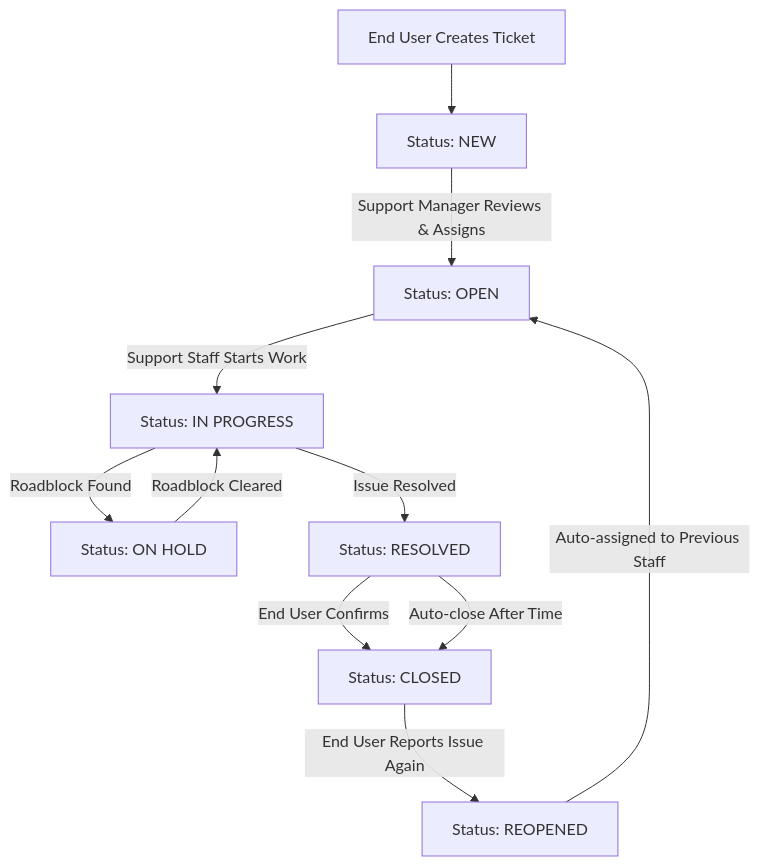
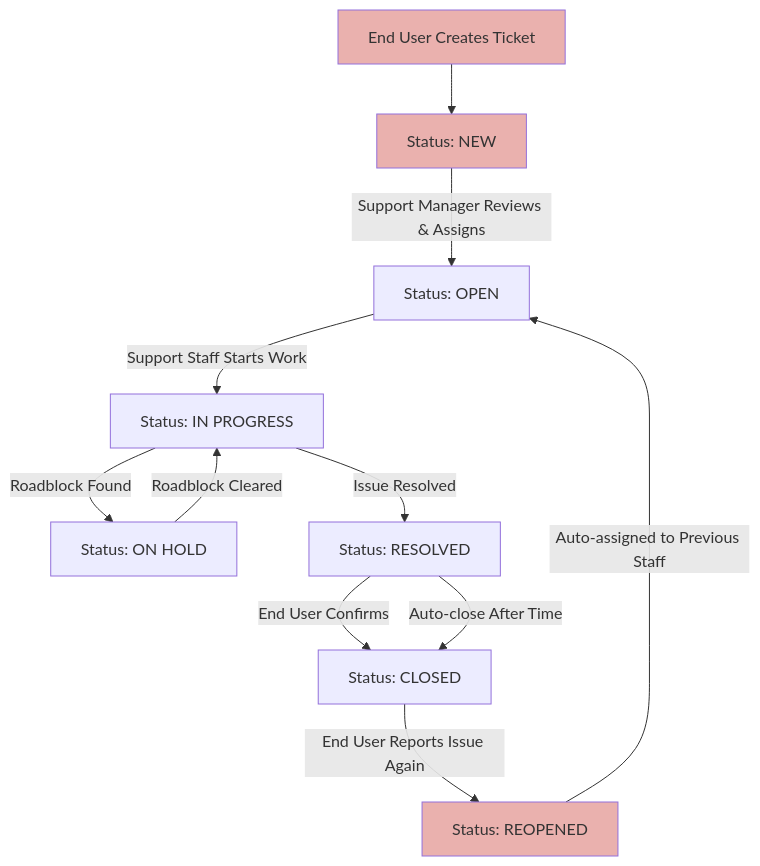
The seventh of 7 diagrams in NTG-Ticket-User Guide.md (salmanb74-dev/ntg-ticket), drawn with Mermaid before and after one commit. The commit also changed other lines of this file, not shown here.

````diff
--- a/NTG-Ticket-User Guide.md
+++ b/NTG-Ticket-User Guide.md
@@ -263,21 +273,24 @@
 ```mermaid
 flowchart TD
     Start[End User Creates Ticket] --> New[Status: NEW]
     
     New -->|Support Manager Reviews & Assigns| Open[Status: OPEN]
     
     Open -->|Support Staff Starts Work| InProgress[Status: IN PROGRESS]
     
     InProgress -->|Roadblock Found| OnHold[Status: ON HOLD]
     InProgress -->|Issue Resolved| Resolved[Status: RESOLVED]
     
     OnHold -->|Roadblock Cleared| InProgress
     
     Resolved -->|End User Confirms| Closed[Status: CLOSED]
     Resolved -->|Auto-close After Time| Closed
     
     Closed -->|End User Reports Issue Again| Reopened[Status: REOPENED]
     
     Reopened -->|Auto-assigned to Previous Staff| Open
     
+    style Start fill:#EAB1AE
+    style New fill:#EAB1AE
+    style Reopened fill:#EAB1AE
 ```
````
